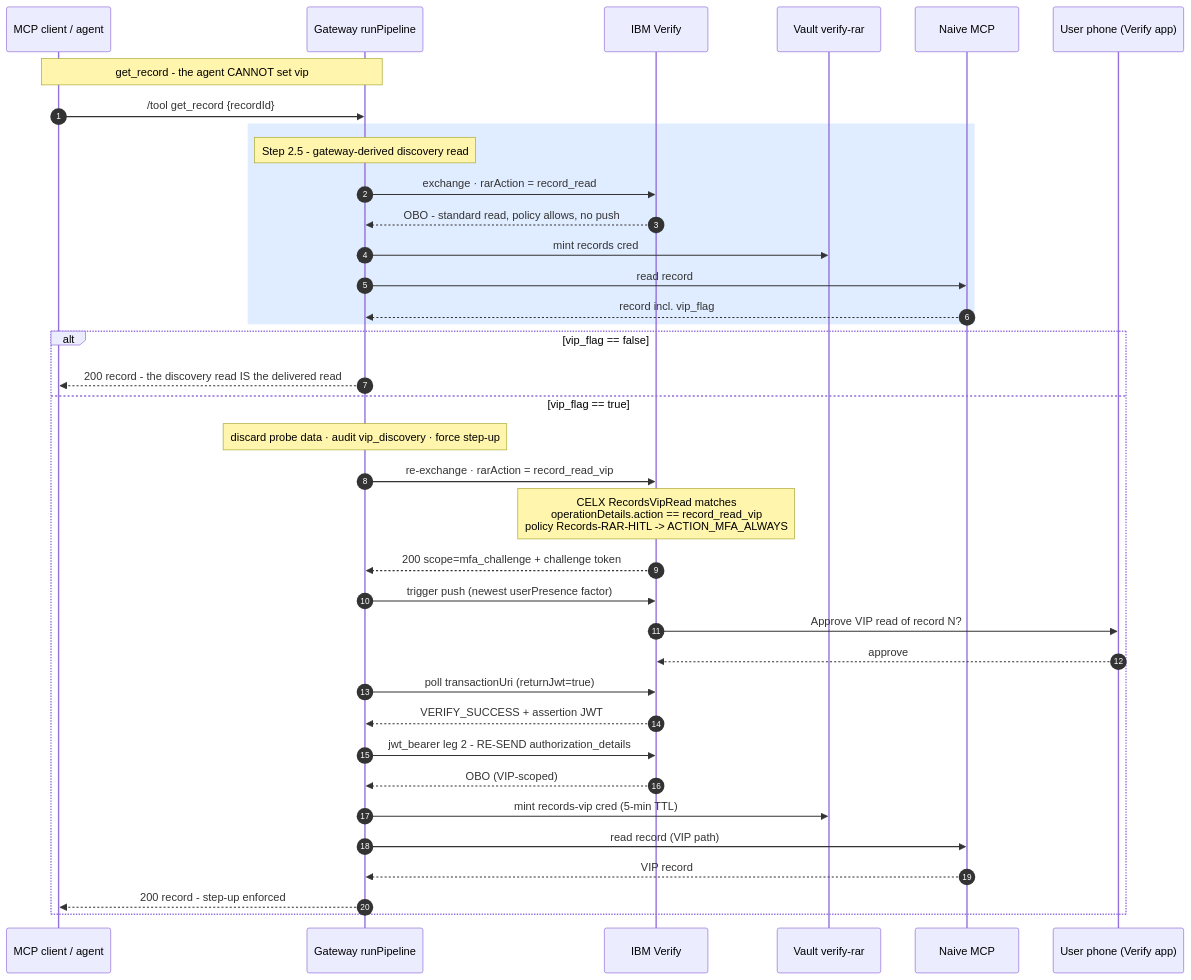
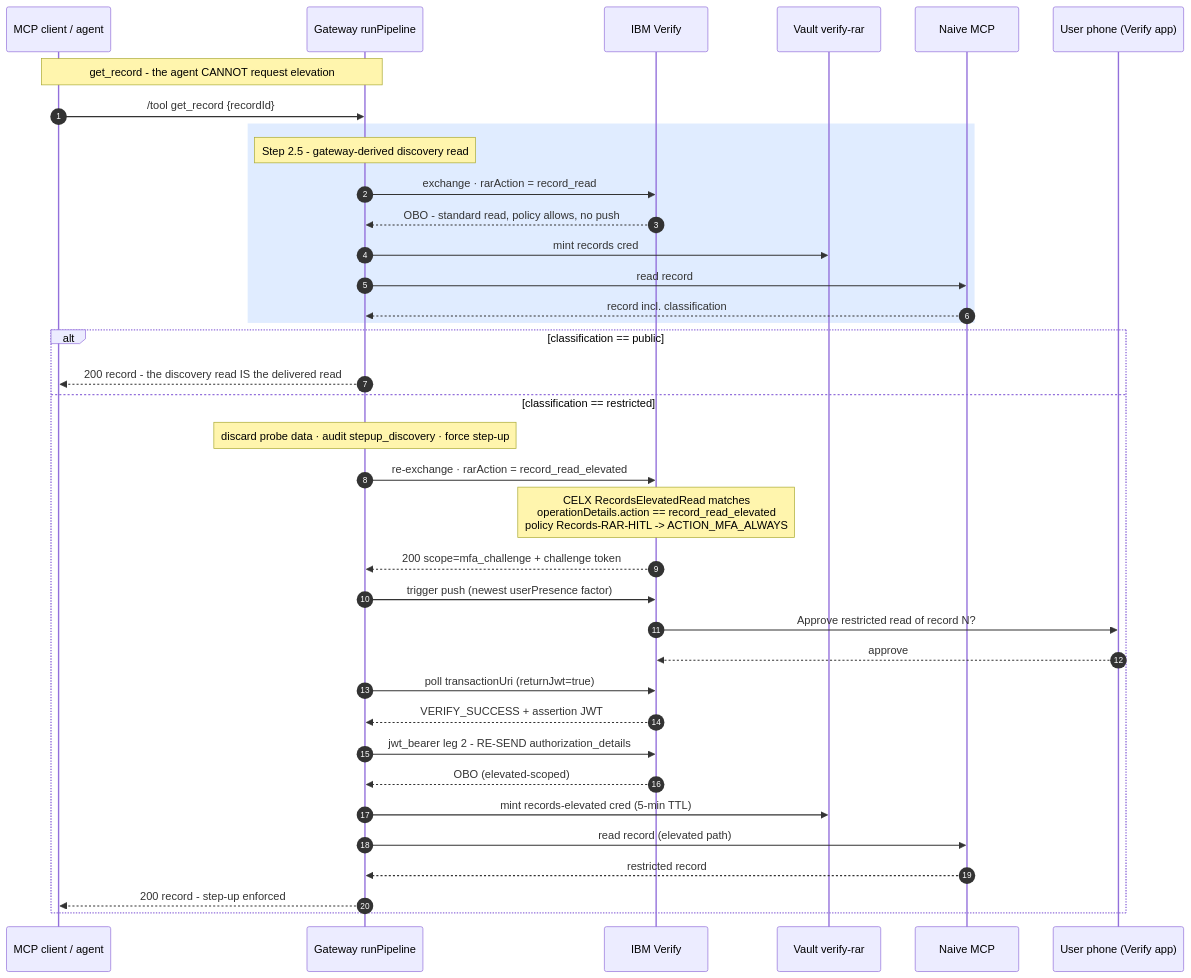
One commit to iamidentity-ai/mcp-gateway-verify-vault changed the diagram in docs/concepts/human-in-the-loop.md. Above: the diagram before and after it, drawn with Mermaid. The commit also changed other lines of this file and 42 other files, not shown here.

````diff
--- a/docs/concepts/human-in-the-loop.md
+++ b/docs/concepts/human-in-the-loop.md
@@ -53,42 +54,42 @@
 ```mermaid
 sequenceDiagram
     autonumber
     participant C as MCP client / agent
     participant G as Gateway runPipeline
     participant V as IBM Verify
     participant K as Vault verify-rar
     participant N as Naive MCP
     participant U as User phone (Verify app)
 
-    Note over C,G: get_record - the agent CANNOT set vip
+    Note over C,G: get_record - the agent CANNOT request elevation
     C->>G: /tool get_record {recordId}
 
     rect rgb(224, 236, 255)
     Note over G: Step 2.5 - gateway-derived discovery read
     G->>V: exchange · rarAction = record_read
     V-->>G: OBO - standard read, policy allows, no push
     G->>K: mint records cred
     G->>N: read record
-    N-->>G: record incl. vip_flag
+    N-->>G: record incl. classification
     end
 
-    alt vip_flag == false
+    alt classification == public
         G-->>C: 200 record - the discovery read IS the delivered read
-    else vip_flag == true
-        Note over G: discard probe data · audit vip_discovery · force step-up
-        G->>V: re-exchange · rarAction = record_read_vip
-        Note over V: CELX RecordsVipRead matches<br/>operationDetails.action == record_read_vip<br/>policy Records-RAR-HITL -> ACTION_MFA_ALWAYS
+    else classification == restricted
+        Note over G: discard probe data · audit stepup_discovery · force step-up
+        G->>V: re-exchange · rarAction = record_read_elevated
+        Note over V: CELX RecordsElevatedRead matches<br/>operationDetails.action == record_read_elevated<br/>policy Records-RAR-HITL -> ACTION_MFA_ALWAYS
         V-->>G: 200 scope=mfa_challenge + challenge token
         G->>V: trigger push (newest userPresence factor)
-        V->>U: Approve VIP read of record N?
+        V->>U: Approve restricted read of record N?
         U-->>V: approve
         G->>V: poll transactionUri (returnJwt=true)
         V-->>G: VERIFY_SUCCESS + assertion JWT
         G->>V: jwt_bearer leg 2 - RE-SEND authorization_details
-        V-->>G: OBO (VIP-scoped)
-        G->>K: mint records-vip cred (5-min TTL)
-        G->>N: read record (VIP path)
-        N-->>G: VIP record
+        V-->>G: OBO (elevated-scoped)
+        G->>K: mint records-elevated cred (5-min TTL)
+        G->>N: read record (elevated path)
+        N-->>G: restricted record
         G-->>C: 200 record - step-up enforced
     end
 ```
````
